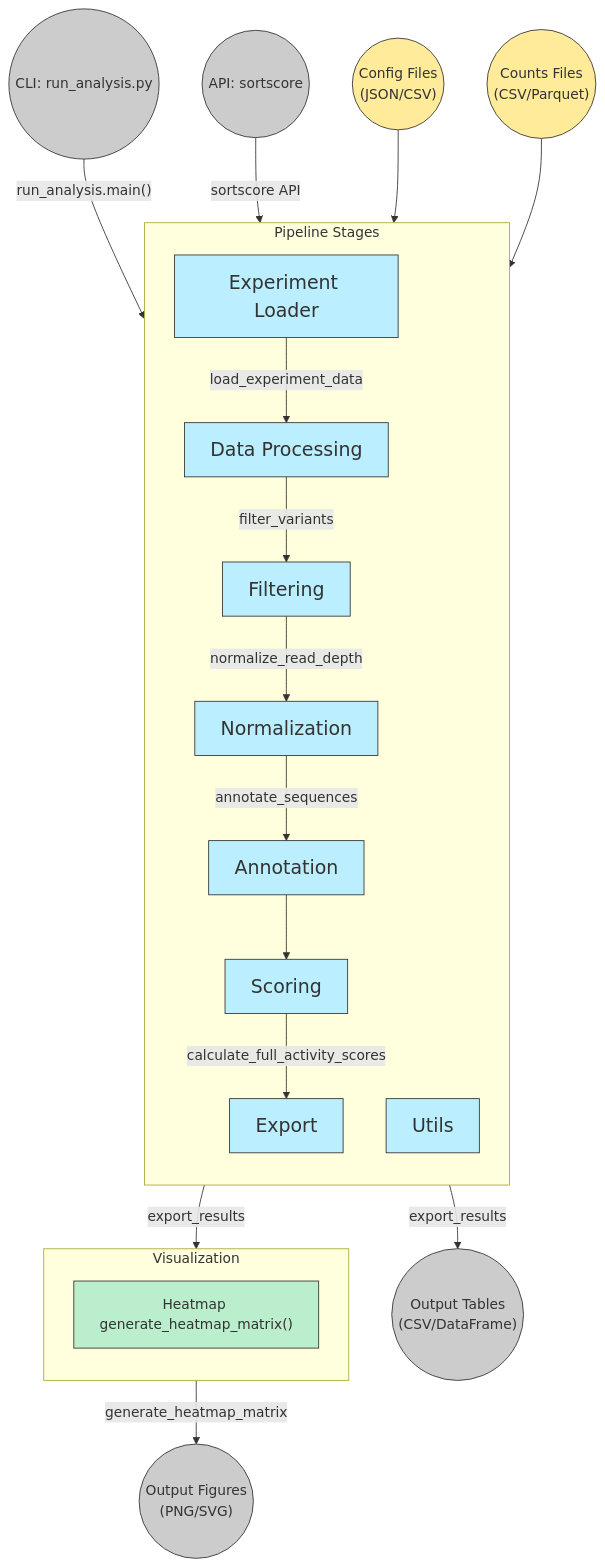
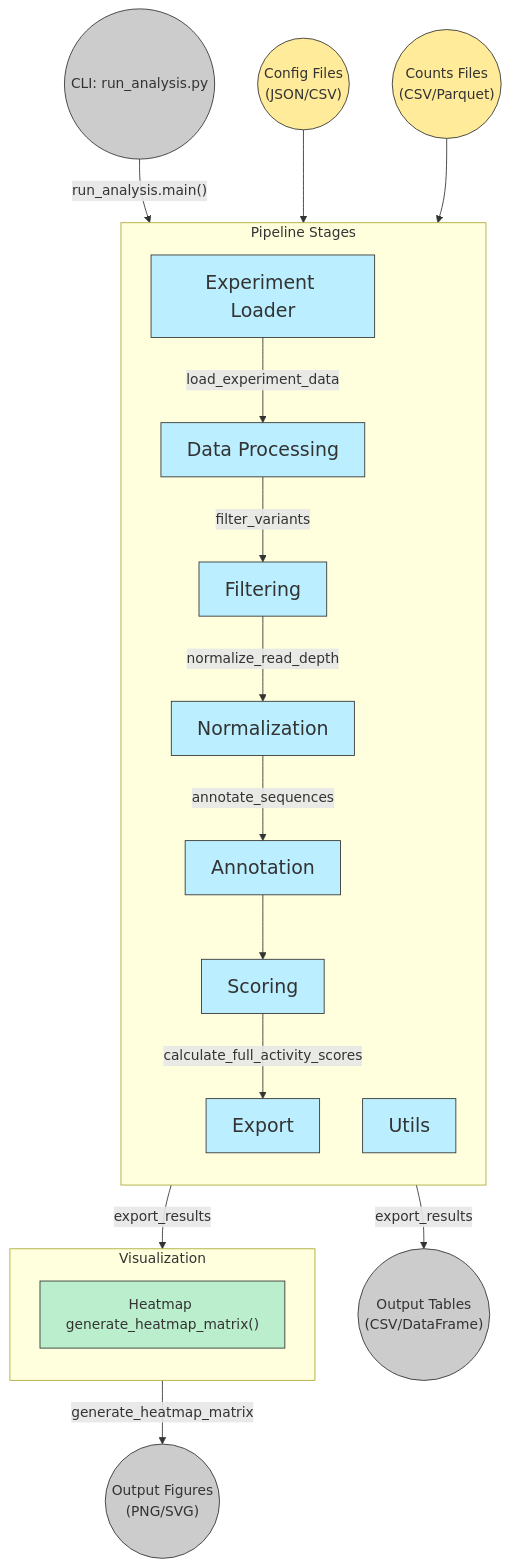
The diagram in README.md (dbaldridge-lab/sortscore), drawn with Mermaid before and after one commit. The commit also changed 2 other files, not shown here.

Commit message:
Closes Remove references to untested API Fixes #23

````diff
--- a/README.md
+++ b/README.md
@@ -88,73 +88,71 @@
 ```mermaid
 flowchart TB
     %% Entry Points
     CLI(("CLI: run_analysis.py")):::entry
-    API(("API: sortscore")):::entry
 
     %% Data Stores
     Config(("Config Files<br/>(JSON/CSV)")):::data
     RawData(("Counts Files<br/>(CSV/Parquet)")):::data
     
     %% Pipeline Stages
     subgraph "Pipeline Stages"
         direction TB
         EL["Experiment Loader"]:::pipelineStage
         DP["Data Processing"]:::pipelineStage
         FL["Filtering"]:::pipelineStage
         NM["Normalization"]:::pipelineStage
         AN["Annotation"]:::pipelineStage
         SC["Scoring"]:::pipelineStage
         EX["Export"]:::pipelineStage
         Utils["Utils"]:::pipelineStage
     end
 
     %% Visualization
     subgraph "Visualization" 
         direction TB
         VH["Heatmap generate_heatmap_matrix()"]:::viz
     end
 
     %% Outputs
     OF(("Output Figures<br/>(PNG/SVG)")):::entry
     OT(("Output Tables<br/>(CSV/DataFrame)")):::entry
 
     %% Main Flow
     CLI -->|"run_analysis.main()"| EL
-    API -->|"sortscore API"| EL
     EL -->|"load_experiment_data"| DP
     DP -->|"filter_variants"| FL
     FL -->|"normalize_read_depth"| NM
     NM -->|"annotate_sequences"| AN
     AN --> SC
     SC -->|"calculate_full_activity_scores"| EX
     EX -->|"export_results"| VH
   
     VH -->|"generate_heatmap_matrix"| OF
     EX -->|"export_results"| OT
 
     %% Data Inputs
     Config --> EL
     RawData --> EL
 
     %% Click Events
     click CLI "https://github.com/dbaldridge-lab/sortscore/blob/main/sortscore/run_analysis.py"
     click EL "https://github.com/dbaldridge-lab/sortscore/blob/main/sortscore/analysis/load_experiment.py"
     click AN "https://github.com/dbaldridge-lab/sortscore/blob/main/sortscore/analysis/annotation.py"
     click DP "https://github.com/dbaldridge-lab/sortscore/blob/main/sortscore/analysis/data_processing.py"
     click FL "https://github.com/dbaldridge-lab/sortscore/blob/main/sortscore/analysis/filtering.py"
     click NM "https://github.com/dbaldridge-lab/sortscore/blob/main/sortscore/analysis/normalize_read_depth.py"
     click SC "https://github.com/dbaldridge-lab/sortscore/blob/main/sortscore/analysis/score.py"
     click EX "https://github.com/dbaldridge-lab/sortscore/blob/main/sortscore/analysis/export.py"
     click VD "https://github.com/dbaldridge-lab/sortscore/blob/main/sortscore/visualization/plots.py"
     click VH "https://github.com/dbaldridge-lab/sortscore/blob/main/sortscore/visualization/heatmap_matrix.py"
     click Utils "https://github.com/dbaldridge-lab/sortscore/blob/main/sortscore/analysis/utils.py"
 
     %% Styles
     classDef entry fill:#cccccc,stroke:#333,stroke-width:1px
     classDef pipeline fill:#bbeeff,stroke:#333,stroke-width:1px
     classDef pipelineStage fill:#bbeeff,stroke:#333,stroke-width:1px,font-size:22px
     classDef viz fill:#bbeecc,stroke:#333,stroke-width:1px
     classDef data fill:#ffeb99,stroke:#333,stroke-width:1px
     classDef ext fill:none,stroke-dasharray: 5 5,stroke:#666,stroke-width:1px
     classDef test fill:#f9d5e5,stroke:#333,stroke-width:1px
 ```
````
